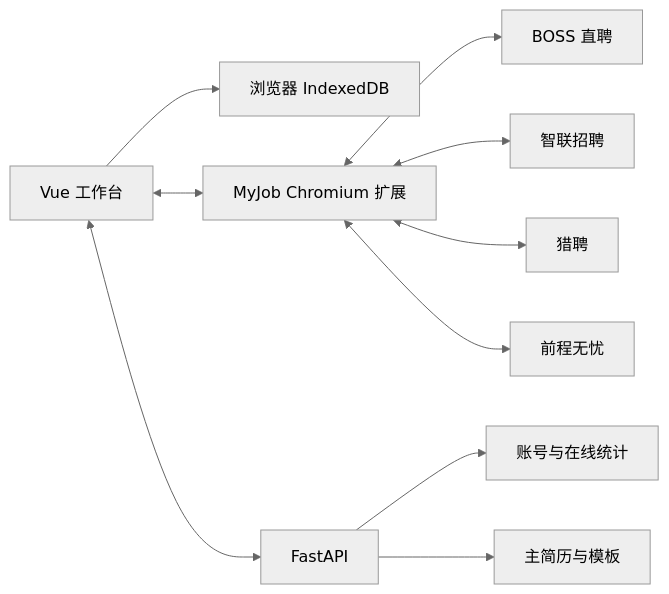
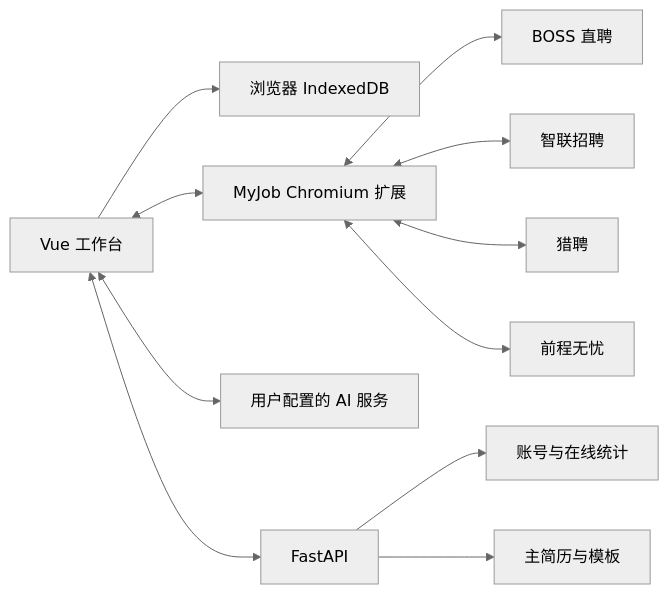
Before and after one commit to golddog9598-cmyk/MyJob: the diagram in README.md, drawn with Mermaid (neutral theme). The commit also changed other lines of this file and 56 other files, not shown here.

````diff
--- a/README.md
+++ b/README.md
@@ -45,12 +47,13 @@
 ```mermaid
 flowchart LR
     UI[Vue 工作台] --> IDB[浏览器 IndexedDB]
     UI <--> EXT[MyJob Chromium 扩展]
     EXT <--> P1[BOSS 直聘]
     EXT <--> P2[智联招聘]
     EXT <--> P3[猎聘]
     EXT <--> P4[前程无忧]
+    UI <--> LLM[用户配置的 AI 服务]
     UI <--> API[FastAPI]
     API --> AUTH[账号与在线统计]
     API --> RESUME[主简历与模板]
 ```
````
